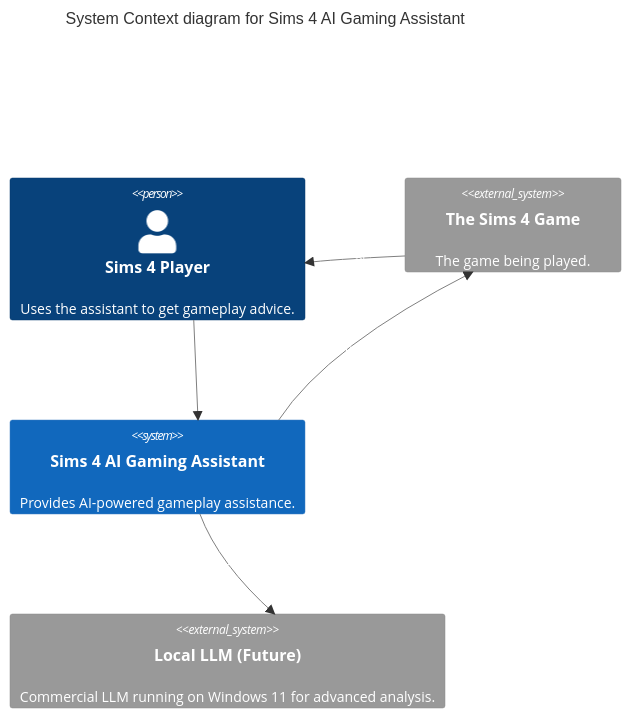
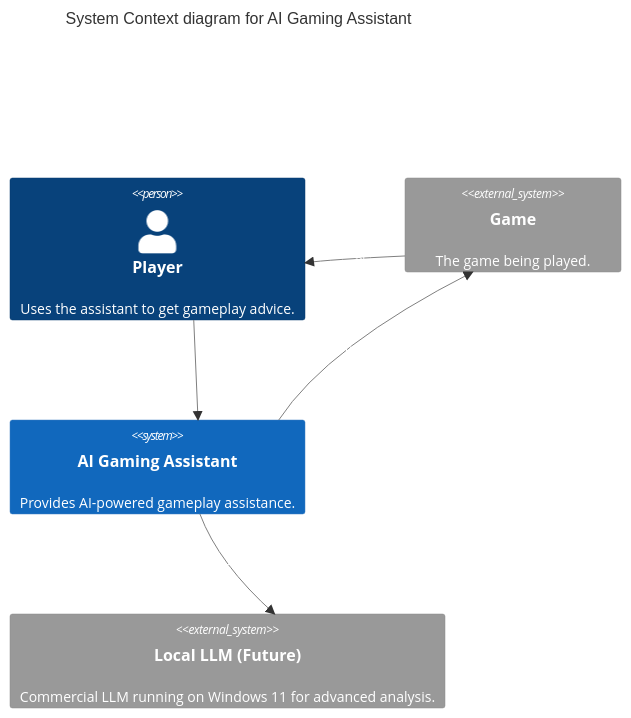
One commit to ainex/game-ai-1-sonnet4 changed the diagram in docs/c1_system_context.md. Above: the diagram before and after it, drawn with Mermaid. The commit also changed 25 other files, not shown here.

First line of the commit message:
Refactor project to general AI Gaming Assistant (#6)

````diff
--- a/docs/c1_system_context.md
+++ b/docs/c1_system_context.md
@@ -1,19 +1,19 @@
 ```mermaid
 C4Context
-    title System Context diagram for Sims 4 AI Gaming Assistant
+    title System Context diagram for AI Gaming Assistant
 
-    Person(user, "Sims 4 Player", "Uses the assistant to get gameplay advice.")
-    System_Ext(sims4, "The Sims 4 Game", "The game being played.")
-    System(sims_ai_assistant, "Sims 4 AI Gaming Assistant", "Provides AI-powered gameplay assistance.")
+    Person(user, "Player", "Uses the assistant to get gameplay advice.")
+    System_Ext(game, "Game", "The game being played.")
+    System(ai_assistant, "AI Gaming Assistant", "Provides AI-powered gameplay assistance.")
     System_Ext(local_llm, "Local LLM (Future)", "Commercial LLM running on Windows 11 for advanced analysis.")
 
-    Rel(user, sims_ai_assistant, "Uses")
-    Rel(sims_ai_assistant, sims4, "Observes (via Screenshot)")
-    Rel_Back(user, sims4, "Plays")
-    Rel(sims_ai_assistant, local_llm, "Sends data for analysis (Future)", "Image, Text")
+    Rel(user, ai_assistant, "Uses")
+    Rel(ai_assistant, game, "Observes (via Screenshot)")
+    Rel_Back(user, game, "Plays")
+    Rel(ai_assistant, local_llm, "Sends data for analysis (Future)", "Image, Text")
 
-    UpdateRelStyle(user, sims_ai_assistant, $textColor="white", $lineColor="gray", $offsetX="-40")
-    UpdateRelStyle(sims_ai_assistant, sims4, $textColor="white", $lineColor="gray", $offsetX="-40")
-    UpdateRelStyle(user, sims4, $textColor="white", $lineColor="gray", $offsetX="0")
-    UpdateRelStyle(sims_ai_assistant, local_llm, $textColor="white", $lineColor="gray", $offsetX="-40")
+    UpdateRelStyle(user, ai_assistant, $textColor="white", $lineColor="gray", $offsetX="-40")
+    UpdateRelStyle(ai_assistant, game, $textColor="white", $lineColor="gray", $offsetX="-40")
+    UpdateRelStyle(user, game, $textColor="white", $lineColor="gray", $offsetX="0")
+    UpdateRelStyle(ai_assistant, local_llm, $textColor="white", $lineColor="gray", $offsetX="-40")
 ```
````
